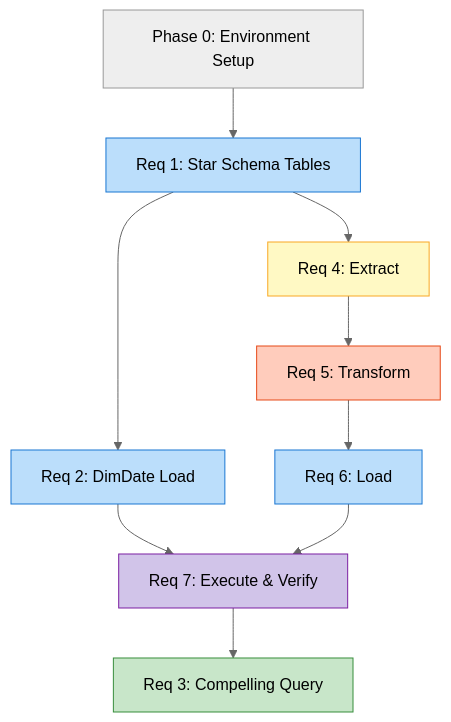
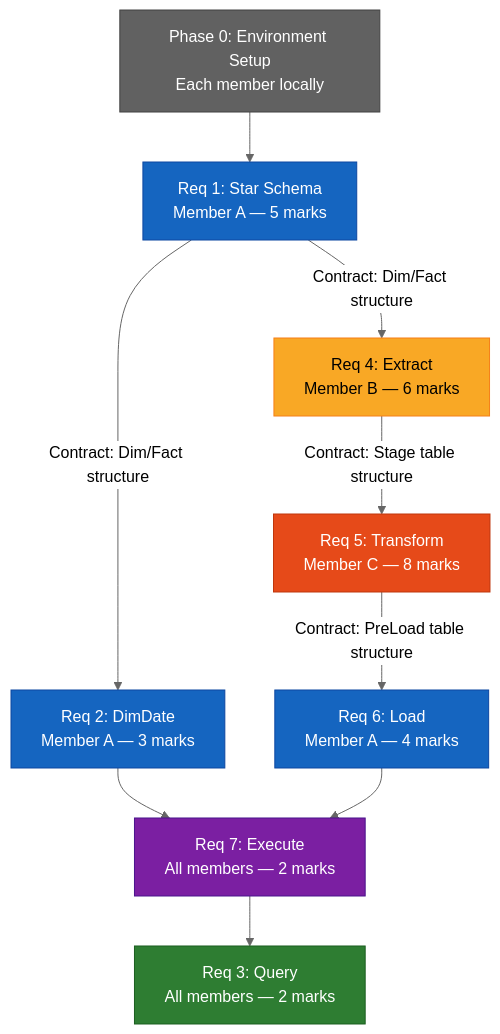
Before and after one commit to JindoKimKor/wwi-etl-pipeline: the second of 2 diagrams in README.md, drawn with Mermaid (neutral theme). The commit also changed other lines of this file and 13 other files, not shown here.

````diff
--- a/README.md
+++ b/README.md
@@ -85,28 +168,29 @@
 ```mermaid
 flowchart TD
-    P0["Phase 0: Environment Setup"]
-    R1["Req 1: Star Schema Tables"]
-    R2["Req 2: DimDate Load"]
-    R4["Req 4: Extract"]
-    R5["Req 5: Transform"]
-    R6["Req 6: Load"]
-    R7["Req 7: Execute & Verify"]
-    R3["Req 3: Compelling Query"]
+    P0["Phase 0: Environment Setup<br>Each member locally"]
+    R1["Req 1: Star Schema<br>Member A — 5 marks"]
+    R2["Req 2: DimDate<br>Member A — 3 marks"]
+    R4["Req 4: Extract<br>Member B — 6 marks"]
+    R5["Req 5: Transform<br>Member C — 8 marks"]
+    R6["Req 6: Load<br>Member A — 4 marks"]
+    R7["Req 7: Execute<br>All members — 2 marks"]
+    R3["Req 3: Query<br>All members — 2 marks"]
 
     P0 --> R1
-    R1 --> R2
-    R1 --> R4
-    R4 --> R5
-    R5 --> R6
+    R1 -- "Contract: Dim/Fact structure" --> R2
+    R1 -- "Contract: Dim/Fact structure" --> R4
+    R4 -- "Contract: Stage table structure" --> R5
+    R5 -- "Contract: PreLoad table structure" --> R6
     R2 --> R7
     R6 --> R7
     R7 --> R3
 
-    style R1 fill:#bbdefb,stroke:#1976d2
-    style R2 fill:#bbdefb,stroke:#1976d2
-    style R4 fill:#fff9c4,stroke:#f9a825
-    style R5 fill:#ffccbc,stroke:#e64a19
-    style R6 fill:#bbdefb,stroke:#1976d2
-    style R7 fill:#d1c4e9,stroke:#7b1fa2
-    style R3 fill:#c8e6c9,stroke:#388e3c
+    style P0 fill:#616161,stroke:#424242,color:#fff
+    style R1 fill:#1565c0,stroke:#0d47a1,color:#fff
+    style R2 fill:#1565c0,stroke:#0d47a1,color:#fff
+    style R3 fill:#2e7d32,stroke:#1b5e20,color:#fff
+    style R4 fill:#f9a825,stroke:#f57f17,color:#000
+    style R5 fill:#e64a19,stroke:#bf360c,color:#fff
+    style R6 fill:#1565c0,stroke:#0d47a1,color:#fff
+    style R7 fill:#7b1fa2,stroke:#4a148c,color:#fff
 ```
````
